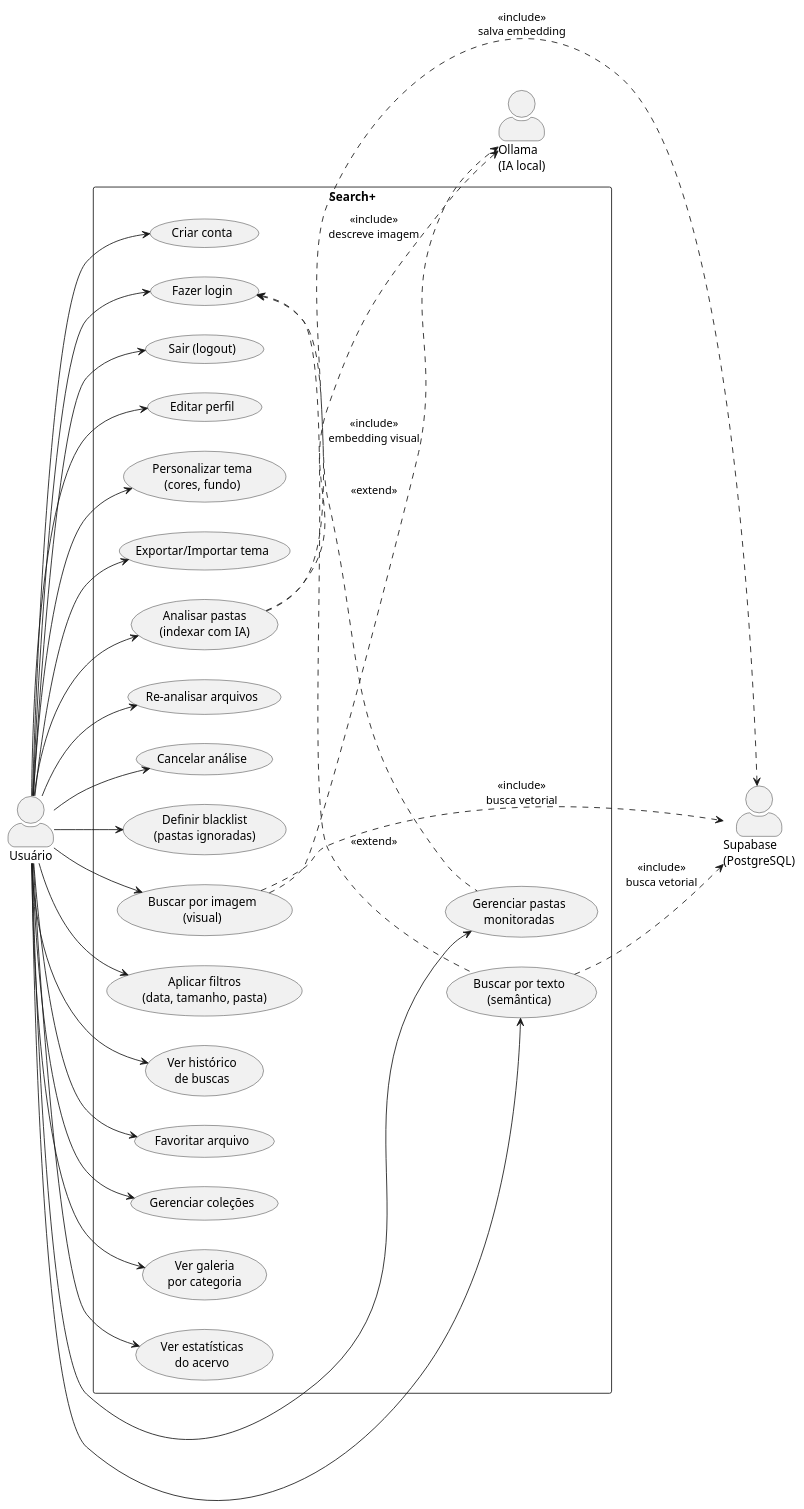
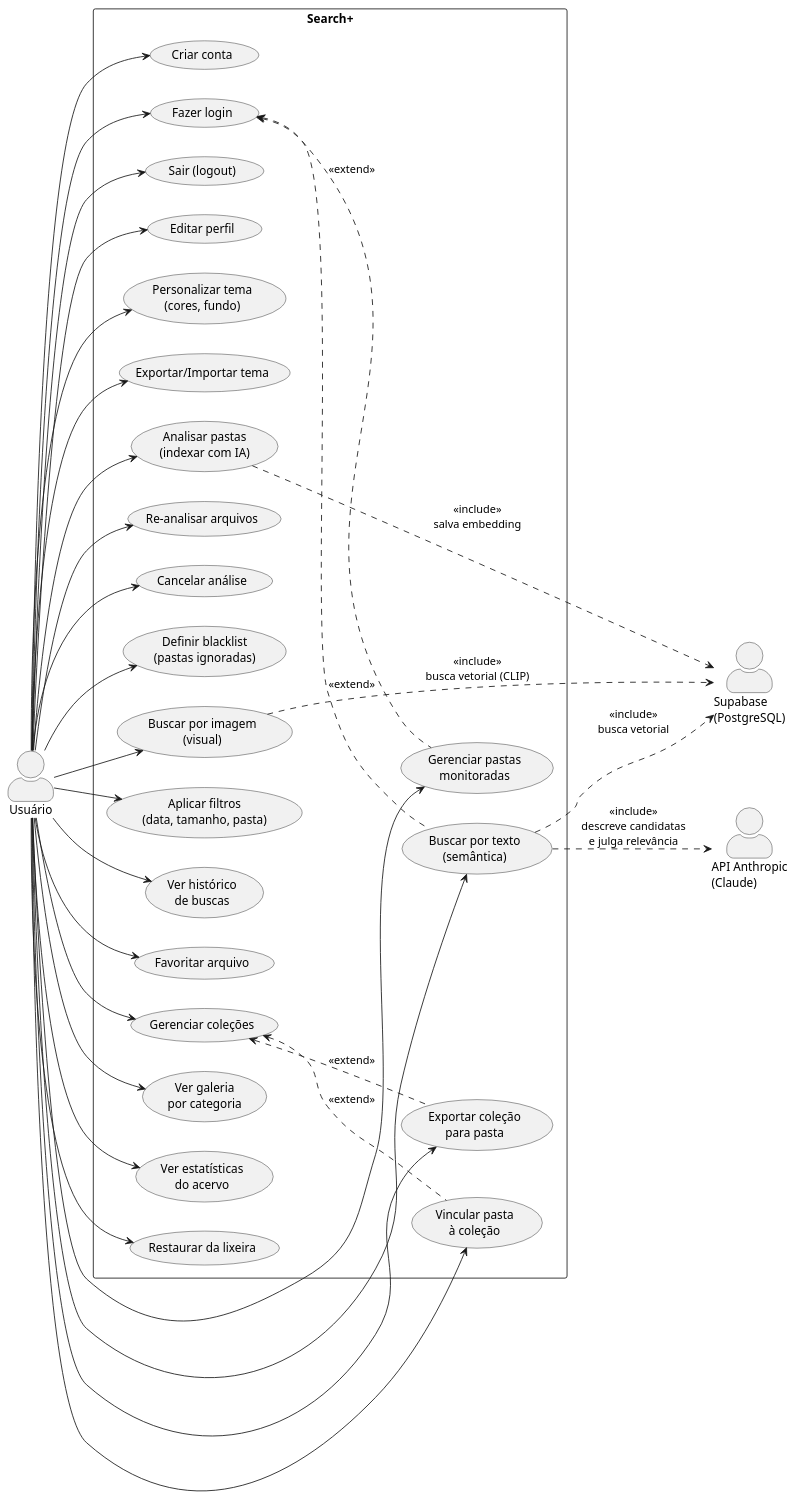
The diagram in docs/01-casos-de-uso.puml (itallolugon/SearchPlus-App), drawn with PlantUML before and after one commit. The commit also changed 15 other files, not shown here.

```diff
--- a/docs/01-casos-de-uso.puml
+++ b/docs/01-casos-de-uso.puml
@@ -1,76 +1,85 @@
 @startuml CasosDeUso_SearchPlus
 ' Diagrama de Casos de Uso — Search+
 ' Renderize em: https://www.plantuml.com/plantuml  (ou extensão PlantUML no VS Code)
 left to right direction
 skinparam packageStyle rectangle
 skinparam actorStyle awesome
 
 actor "Usuário" as U
 
 ' Atores secundários (sistemas externos)
-actor "Ollama\n(IA local)" as IA
+actor "API Anthropic\n(Claude)" as IA
 actor "Supabase\n(PostgreSQL)" as DB
 
 rectangle "Search+" {
 
   ' --- Conta ---
   usecase "Criar conta" as UC1
   usecase "Fazer login" as UC2
   usecase "Sair (logout)" as UC3
   usecase "Editar perfil" as UC4
   usecase "Personalizar tema\n(cores, fundo)" as UC5
   usecase "Exportar/Importar tema" as UC6
 
   ' --- Pastas e indexação ---
   usecase "Gerenciar pastas\nmonitoradas" as UC7
   usecase "Analisar pastas\n(indexar com IA)" as UC8
   usecase "Re-analisar arquivos" as UC9
   usecase "Cancelar análise" as UC10
   usecase "Definir blacklist\n(pastas ignoradas)" as UC11
 
   ' --- Busca ---
   usecase "Buscar por texto\n(semântica)" as UC12
   usecase "Buscar por imagem\n(visual)" as UC13
   usecase "Aplicar filtros\n(data, tamanho, pasta)" as UC14
   usecase "Ver histórico\nde buscas" as UC15
 
   ' --- Organização ---
   usecase "Favoritar arquivo" as UC16
   usecase "Gerenciar coleções" as UC17
   usecase "Ver galeria\npor categoria" as UC18
   usecase "Ver estatísticas\ndo acervo" as UC19
+  usecase "Exportar coleção\npara pasta" as UC20
+  usecase "Vincular pasta\nà coleção" as UC21
+  usecase "Restaurar da lixeira" as UC22
 }
 
 ' Relações do usuário
 U --> UC1
 U --> UC2
 U --> UC3
 U --> UC4
 U --> UC5
 U --> UC6
 U --> UC7
 U --> UC8
 U --> UC9
 U --> UC10
 U --> UC11
 U --> UC12
 U --> UC13
 U --> UC14
 U --> UC15
 U --> UC16
 U --> UC17
 U --> UC18
 U --> UC19
+U --> UC20
+U --> UC21
+U --> UC22
 
-' A análise depende da IA (Ollama) e persiste no banco
-UC8 ..> IA : <<include>>\ndescreve imagem
+' Indexação lazy: indexar só gera embeddings locais (CLIP/SBERT) e grava no
+' banco. A IA de visão entra na BUSCA, descrevendo as imagens candidatas
+' ainda sem descrição e julgando quais resultados correspondem.
 UC8 ..> DB : <<include>>\nsalva embedding
 UC12 ..> DB : <<include>>\nbusca vetorial
-UC13 ..> IA : <<include>>\nembedding visual
-UC13 ..> DB : <<include>>\nbusca vetorial
+UC12 ..> IA : <<include>>\ndescreve candidatas\ne julga relevância
+UC13 ..> DB : <<include>>\nbusca vetorial (CLIP)
+UC17 <.. UC20 : <<extend>>
+UC17 <.. UC21 : <<extend>>
 
 ' Login é pré-requisito das funcionalidades internas
 UC2 <.. UC7 : <<extend>>
 UC2 <.. UC12 : <<extend>>
 
 @enduml
```
